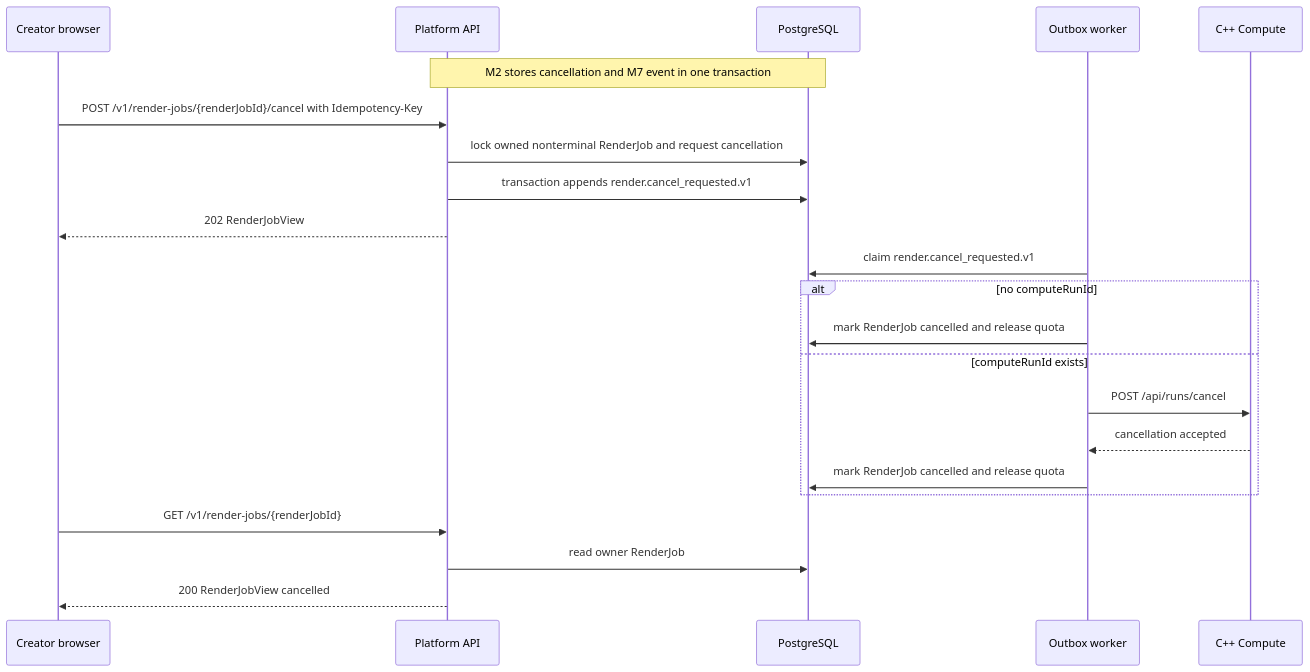
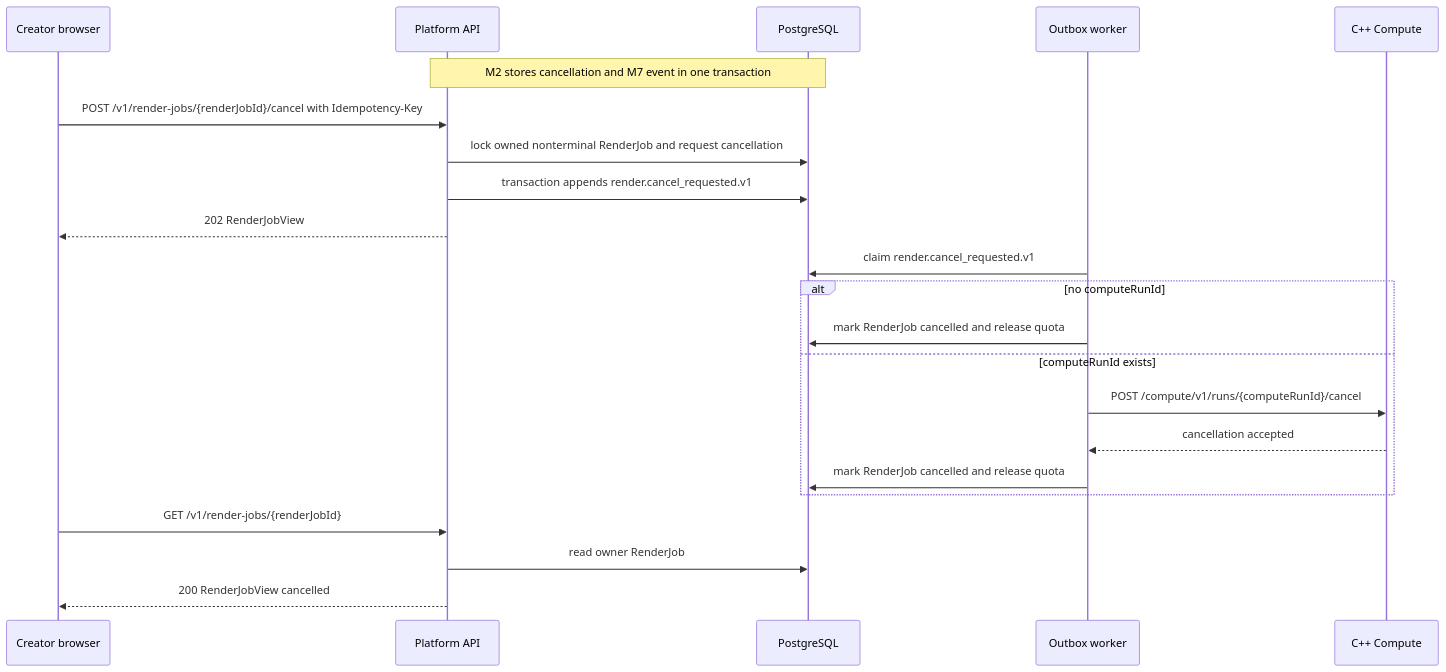
Diagram 19 of 20 in platform-backend/docs/platform-backend-spec.md (frozosea/fractal_studio), drawn with Mermaid before and after one commit. The commit also changed other lines of this file and 42 other files, not shown here.

````diff
--- a/platform-backend/docs/platform-backend-spec.md
+++ b/platform-backend/docs/platform-backend-spec.md
@@ -2447,24 +2432,24 @@
 ```mermaid
 sequenceDiagram
   participant C as Creator browser
   participant A as Platform API
   participant DB as PostgreSQL
   participant W as Outbox worker
   participant F as C++ Compute
   Note over A,DB: M2 stores cancellation and M7 event in one transaction
   C->>A: POST /v1/render-jobs/{renderJobId}/cancel with Idempotency-Key
   A->>DB: lock owned nonterminal RenderJob and request cancellation
   A->>DB: transaction appends render.cancel_requested.v1
   A-->>C: 202 RenderJobView
   W->>DB: claim render.cancel_requested.v1
   alt no computeRunId
     W->>DB: mark RenderJob cancelled and release quota
   else computeRunId exists
-    W->>F: POST /api/runs/cancel
+    W->>F: POST /compute/v1/runs/{computeRunId}/cancel
     F-->>W: cancellation accepted
     W->>DB: mark RenderJob cancelled and release quota
   end
   C->>A: GET /v1/render-jobs/{renderJobId}
   A->>DB: read owner RenderJob
   A-->>C: 200 RenderJobView cancelled
 ```
````
